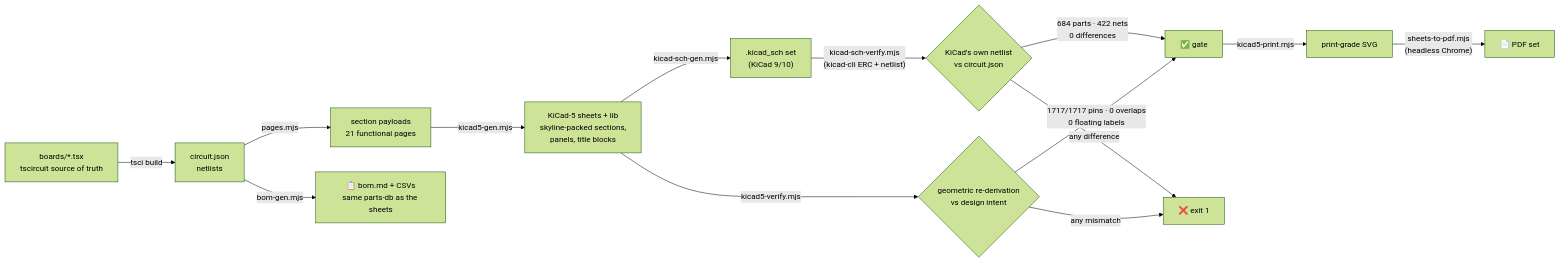
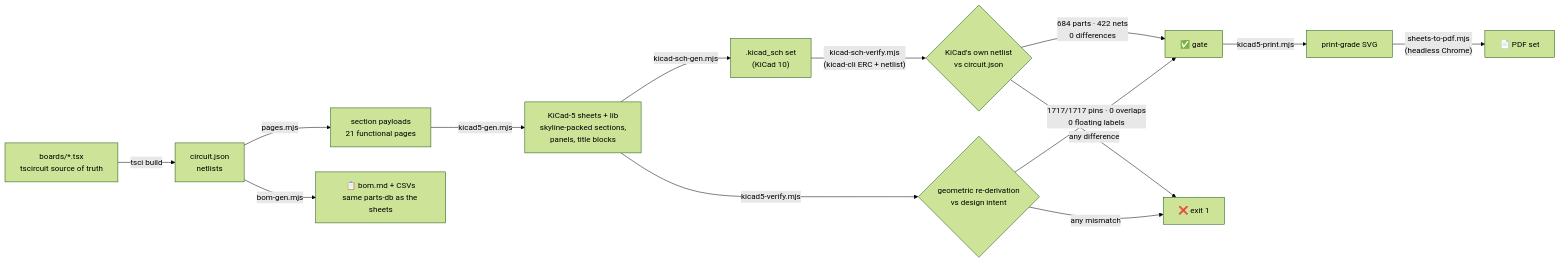
Before and after one commit to vectivolt/Traction-Inverter-GEN-1: the eighth of 9 diagrams in README.md, drawn with Mermaid (forest theme). The commit also changed other lines of this file and 554 other files, not shown here.

````diff
--- a/README.md
+++ b/README.md
@@ -454,16 +454,16 @@
 ```mermaid
 flowchart LR
   TSX["boards/*.tsx<br/>tscircuit source of truth"] -->|tsci build| CJ["circuit.json<br/>netlists"]
   CJ -->|pages.mjs| PG["section payloads<br/>21 functional pages"]
   PG -->|kicad5-gen.mjs| SCH["KiCad-5 sheets + lib<br/>skyline-packed sections,<br/>panels, title blocks"]
   SCH -->|kicad5-verify.mjs| V{"geometric re-derivation<br/>vs design intent"}
-  SCH -->|kicad-sch-gen.mjs| KS[".kicad_sch set<br/>(KiCad 9/10)"]
+  SCH -->|kicad-sch-gen.mjs| KS[".kicad_sch set<br/>(KiCad 10)"]
   KS -->|"kicad-sch-verify.mjs<br/>(kicad-cli ERC + netlist)"| KV{"KiCad's own netlist<br/>vs circuit.json"}
   KV -->|"684 parts · 422 nets<br/>0 differences"| OK
   KV -->|any difference| FAIL
   V -->|"1717/1717 pins · 0 overlaps<br/>0 floating labels"| OK["✅ gate"]
   V -->|any mismatch| FAIL["❌ exit 1"]
   OK -->|kicad5-print.mjs| SVG["print-grade SVG"]
   SVG -->|"sheets-to-pdf.mjs<br/>(headless Chrome)"| PDF["📄 PDF set"]
   CJ -->|bom-gen.mjs| BOM["📋 bom.md + CSVs<br/>same parts-db as the sheets"]
 ```
````
